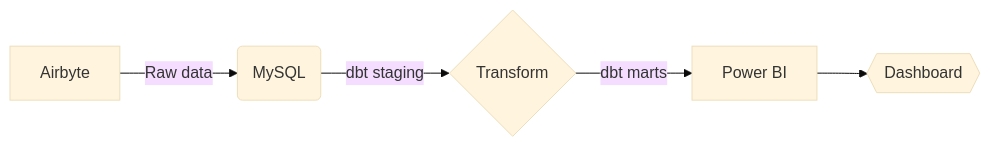
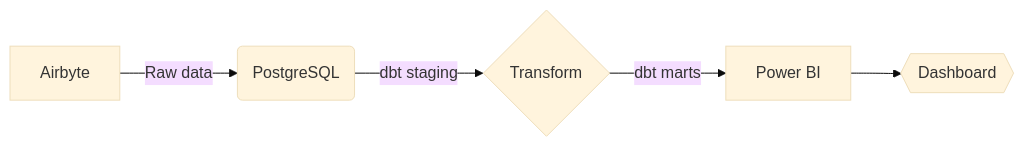
Before and after one commit to Estif-X/Complete-Data-Engineering-and-Analysis-Project: the diagram in README.md, drawn with Mermaid (base theme). The commit also changed other lines of this file, not shown here.

````diff
--- a/README.md
+++ b/README.md
@@ -104,7 +104,7 @@
 ```mermaid
 graph LR
-  A[Airbyte] -->|Raw data| B(MySQL)
+  A[Airbyte] -->|Raw data| B(PostgreSQL)
   B -->|dbt staging| C{Transform}
   C -->|dbt marts| D[Power BI]
   D --> E{{Dashboard}}
 ```
````
